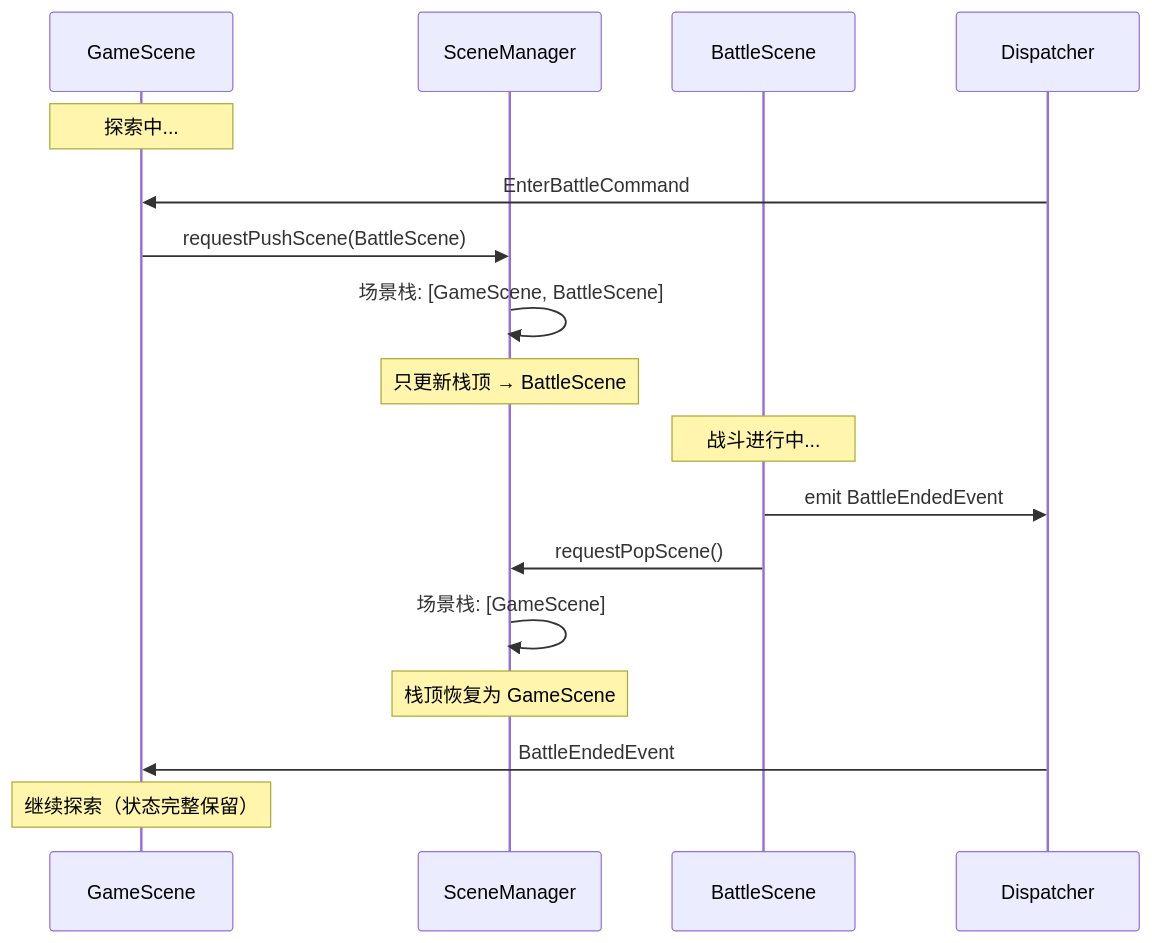
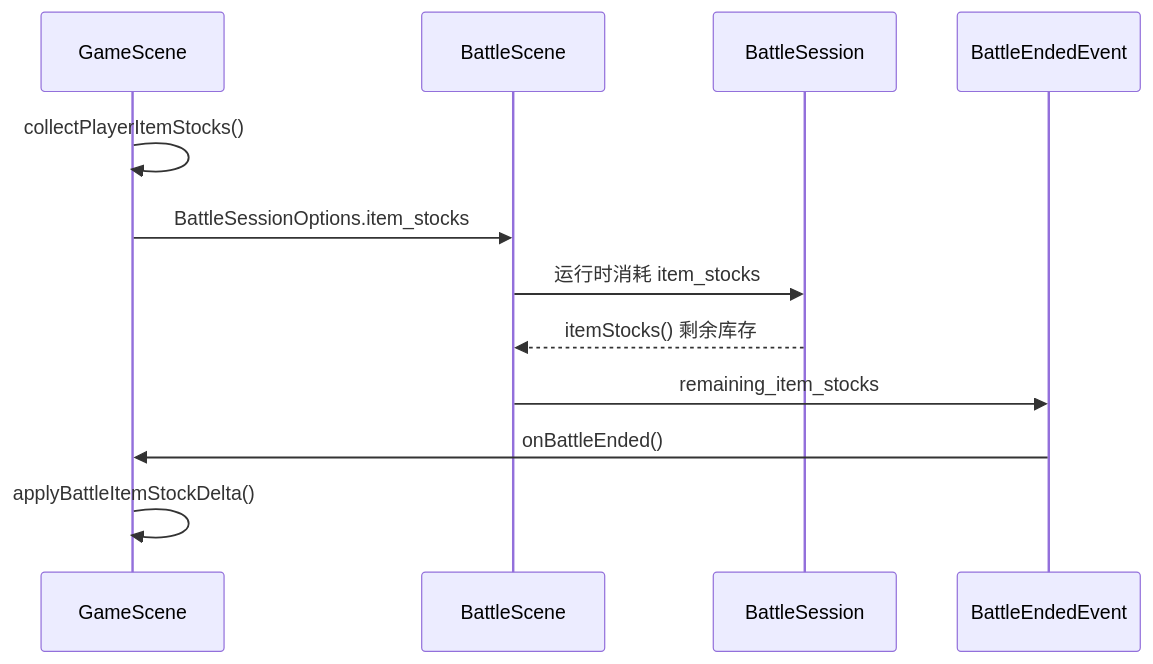
Before and after one commit to WispSnow/TinyFarmRPG: the fifth of 6 diagrams in docs/gameplay/turn-based-battle.md, drawn with Mermaid. The commit also changed other lines of this file, not shown here.

Commit message:
Refactor turn-based battle documentation for clarity and structure

````diff
--- a/docs/gameplay/turn-based-battle.md
+++ b/docs/gameplay/turn-based-battle.md
@@ -142,23 +236,15 @@
 ```mermaid
 sequenceDiagram
     participant GS as GameScene
-    participant SM as SceneManager
     participant BS as BattleScene
-    participant D as Dispatcher
+    participant SE as BattleSession
+    participant EVT as BattleEndedEvent
 
-    Note over GS: 探索中...
-    D->>GS: EnterBattleCommand
-    GS->>SM: requestPushScene(BattleScene)
-    SM->>SM: 场景栈: [GameScene, BattleScene]
-    Note over SM: 只更新栈顶 → BattleScene
-
-    Note over BS: 战斗进行中...
-
-    BS->>D: emit BattleEndedEvent
-    BS->>SM: requestPopScene()
-    SM->>SM: 场景栈: [GameScene]
-    Note over SM: 栈顶恢复为 GameScene
-
-    D->>GS: BattleEndedEvent
-    Note over GS: 继续探索（状态完整保留）
+    GS->>GS: collectPlayerItemStocks()
+    GS->>BS: BattleSessionOptions.item_stocks
+    BS->>SE: 运行时消耗 item_stocks
+    SE-->>BS: itemStocks() 剩余库存
+    BS->>EVT: remaining_item_stocks
+    EVT->>GS: onBattleEnded()
+    GS->>GS: applyBattleItemStockDelta()
 ```
````
